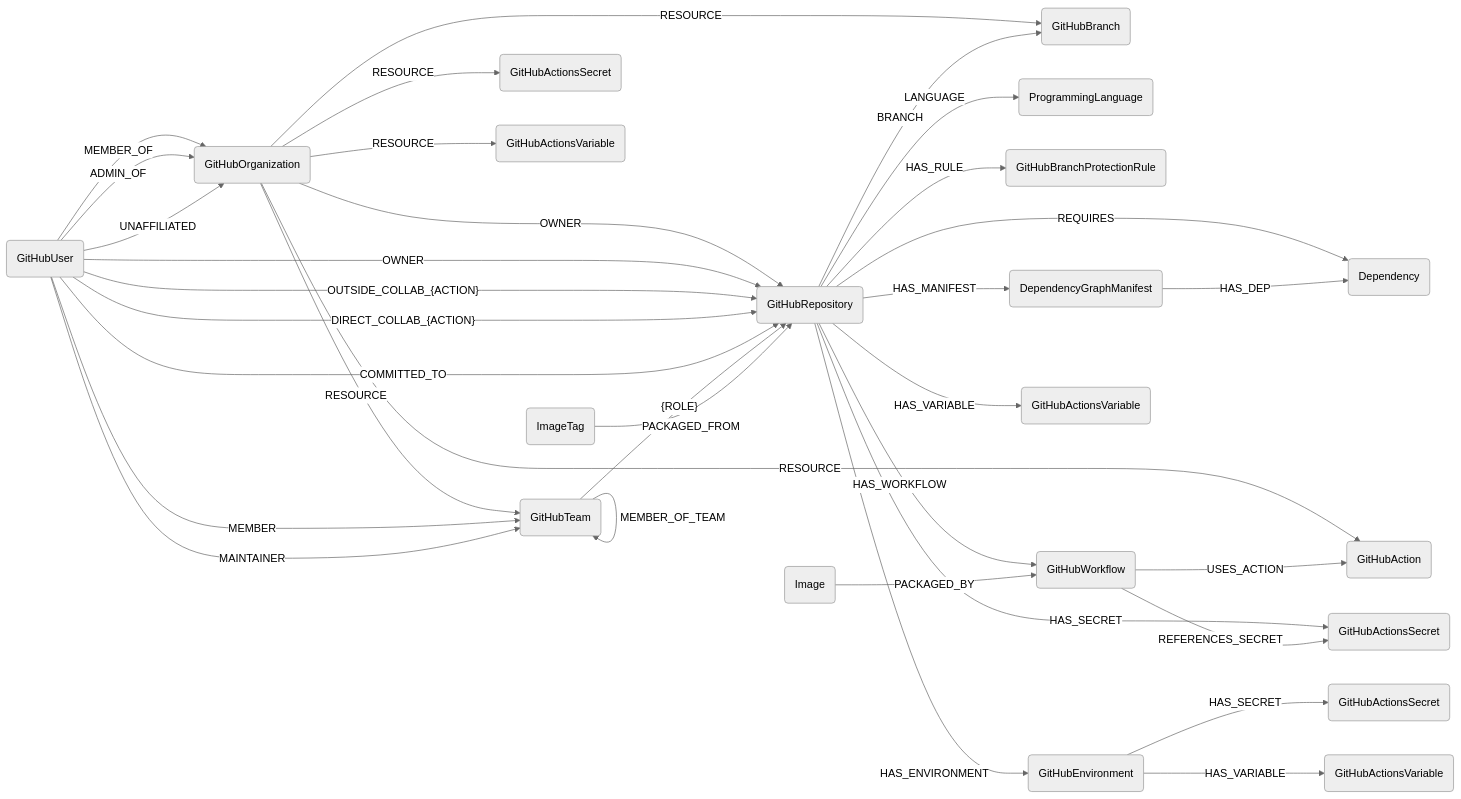
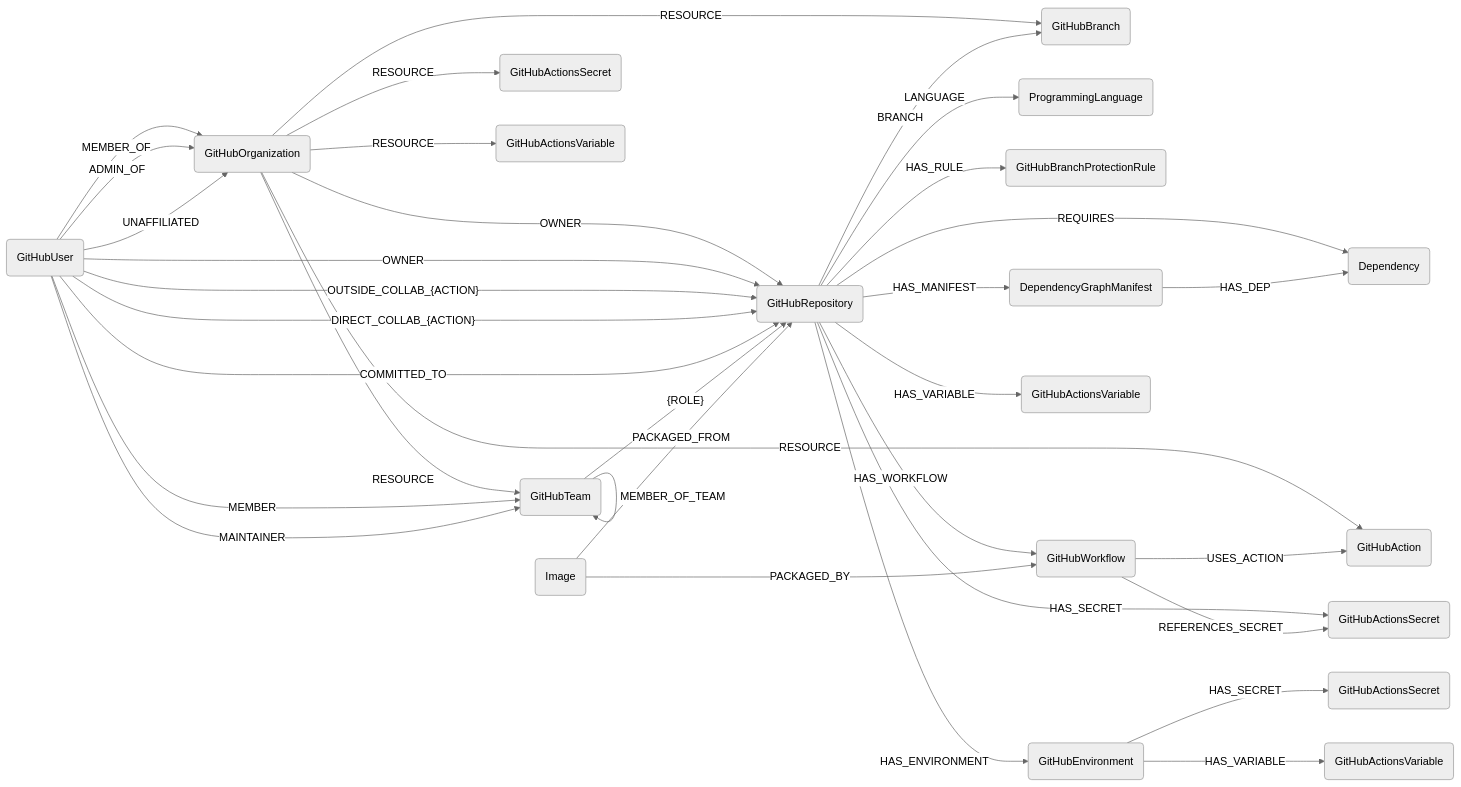
The diagram in docs/root/modules/github/schema.md (sec-js/cartography), drawn with Mermaid (neutral theme) before and after one commit. The commit also changed other lines of this file, not shown here.

````diff
--- a/docs/root/modules/github/schema.md
+++ b/docs/root/modules/github/schema.md
@@ -3,37 +3,37 @@
 ```mermaid
 graph LR
 
 O(GitHubOrganization) -- OWNER --> R(GitHubRepository)
 O -- RESOURCE --> B(GitHubBranch)
 O -- RESOURCE --> T(GitHubTeam)
 O -- RESOURCE --> OS(GitHubActionsSecret)
 O -- RESOURCE --> OV(GitHubActionsVariable)
 O -- RESOURCE --> A(GitHubAction)
 U(GitHubUser) -- MEMBER_OF --> O
 U -- ADMIN_OF --> O
 U -- UNAFFILIATED --> O
 U -- OWNER --> R
 U -- OUTSIDE_COLLAB_{ACTION} --> R
 U -- DIRECT_COLLAB_{ACTION} --> R
 U -- COMMITTED_TO --> R
 R -- LANGUAGE --> L(ProgrammingLanguage)
 R -- BRANCH --> B(GitHubBranch)
 R -- HAS_RULE --> BPR(GitHubBranchProtectionRule)
 R -- REQUIRES --> D(Dependency)
 R -- HAS_MANIFEST --> M(DependencyGraphManifest)
 R -- HAS_WORKFLOW --> W(GitHubWorkflow)
 R -- HAS_SECRET --> RS(GitHubActionsSecret)
 R -- HAS_VARIABLE --> RV(GitHubActionsVariable)
 R -- HAS_ENVIRONMENT --> E(GitHubEnvironment)
 W -- USES_ACTION --> A(GitHubAction)
 W -- REFERENCES_SECRET --> RS
 E -- HAS_SECRET --> ES(GitHubActionsSecret)
 E -- HAS_VARIABLE --> EV(GitHubActionsVariable)
 M -- HAS_DEP --> D
 T -- {ROLE} --> R
 T -- MEMBER_OF_TEAM --> T
 U -- MEMBER --> T
 U -- MAINTAINER --> T
-IT(ImageTag) -- PACKAGED_FROM --> R
+I(Image) -- PACKAGED_FROM --> R
 I(Image) -- PACKAGED_BY --> W
 ```
````
